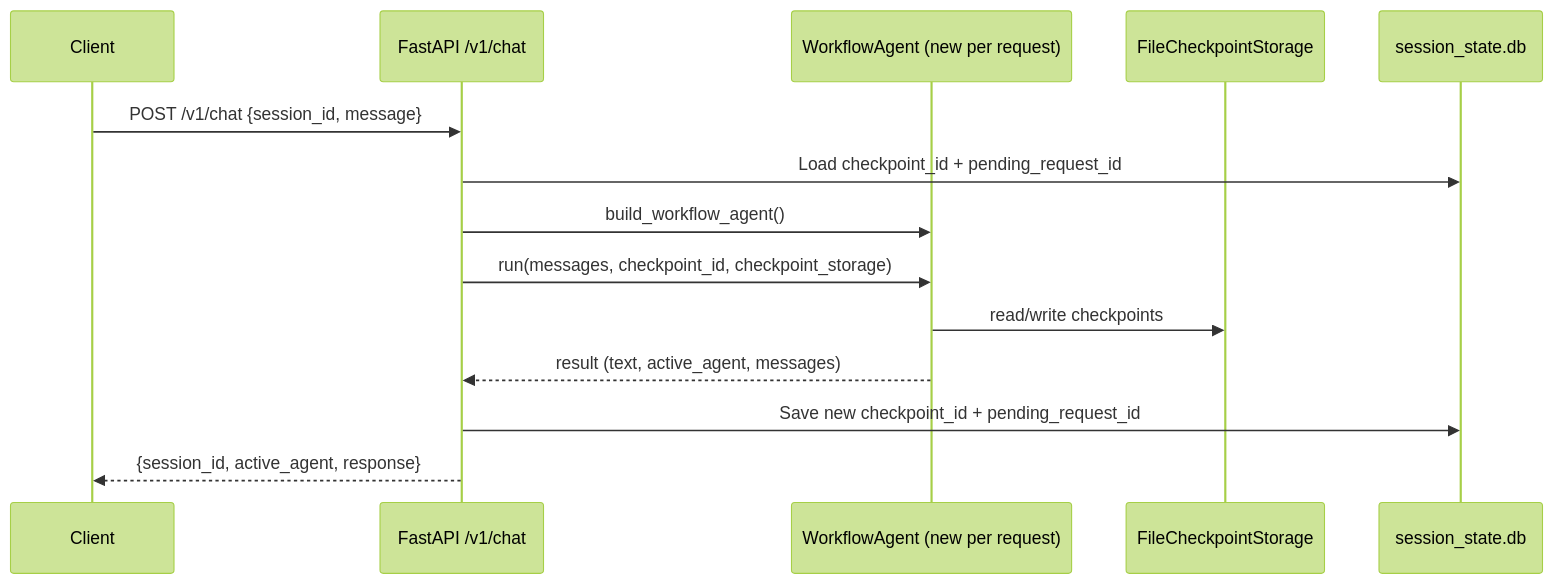
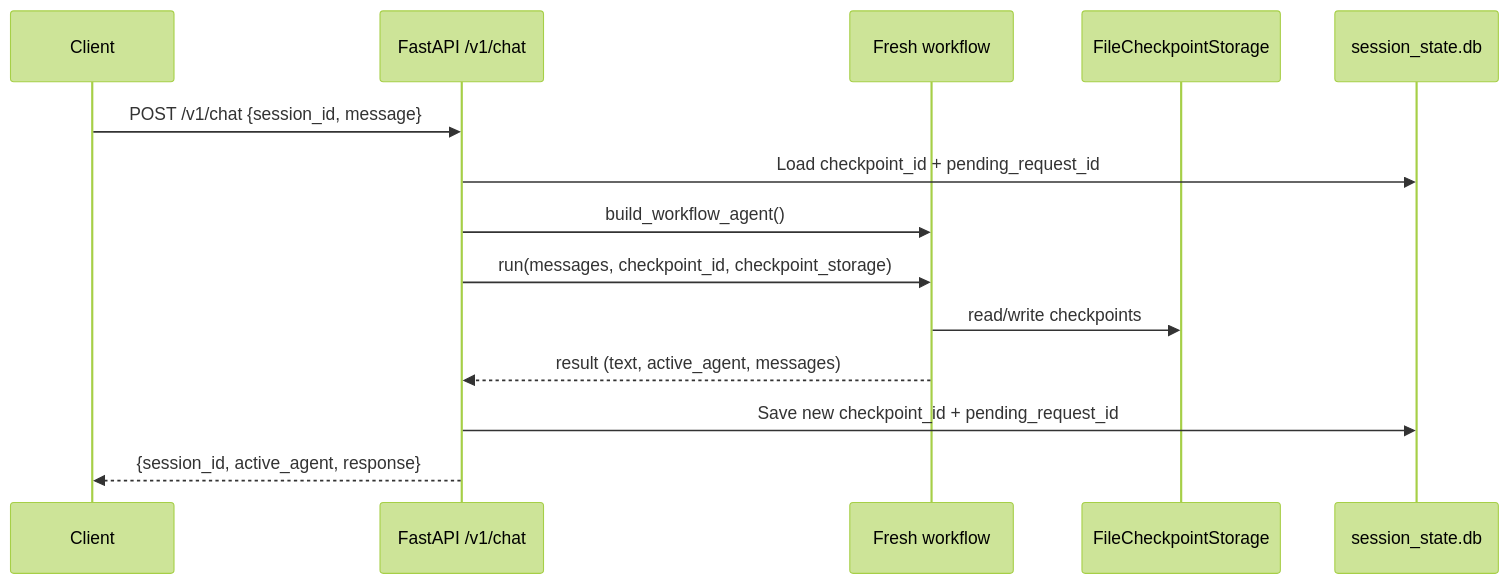
One commit to devender-gupta/property-agent-app changed the third of 3 diagrams in README.md. Above: the diagram before and after it, drawn with Mermaid (forest theme). The commit also changed other lines of this file, not shown here.

Commit message:
feat: Update mermaid diagrams for improved clarity and consistency in workflow representation

````diff
--- a/README.md
+++ b/README.md
@@ -65,17 +65,17 @@
 ```mermaid
 sequenceDiagram
   participant C as Client
   participant S as FastAPI /v1/chat
-  participant W as WorkflowAgent (new per request)
+  participant W as Fresh workflow
   participant CK as FileCheckpointStorage
   participant DB as session_state.db
 
   C->>S: POST /v1/chat {session_id, message}
   S->>DB: Load checkpoint_id + pending_request_id
   S->>W: build_workflow_agent()
   S->>W: run(messages, checkpoint_id, checkpoint_storage)
   W->>CK: read/write checkpoints
   W-->>S: result (text, active_agent, messages)
   S->>DB: Save new checkpoint_id + pending_request_id
   S-->>C: {session_id, active_agent, response}
 ```
````
